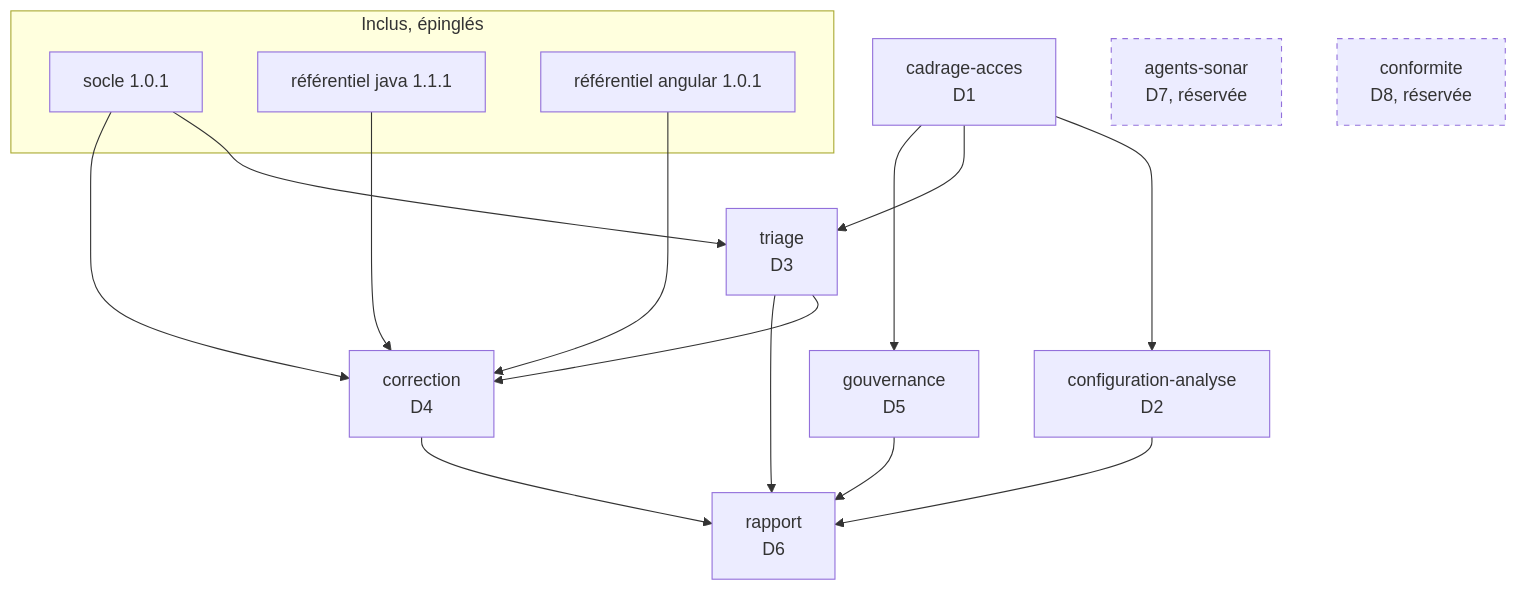
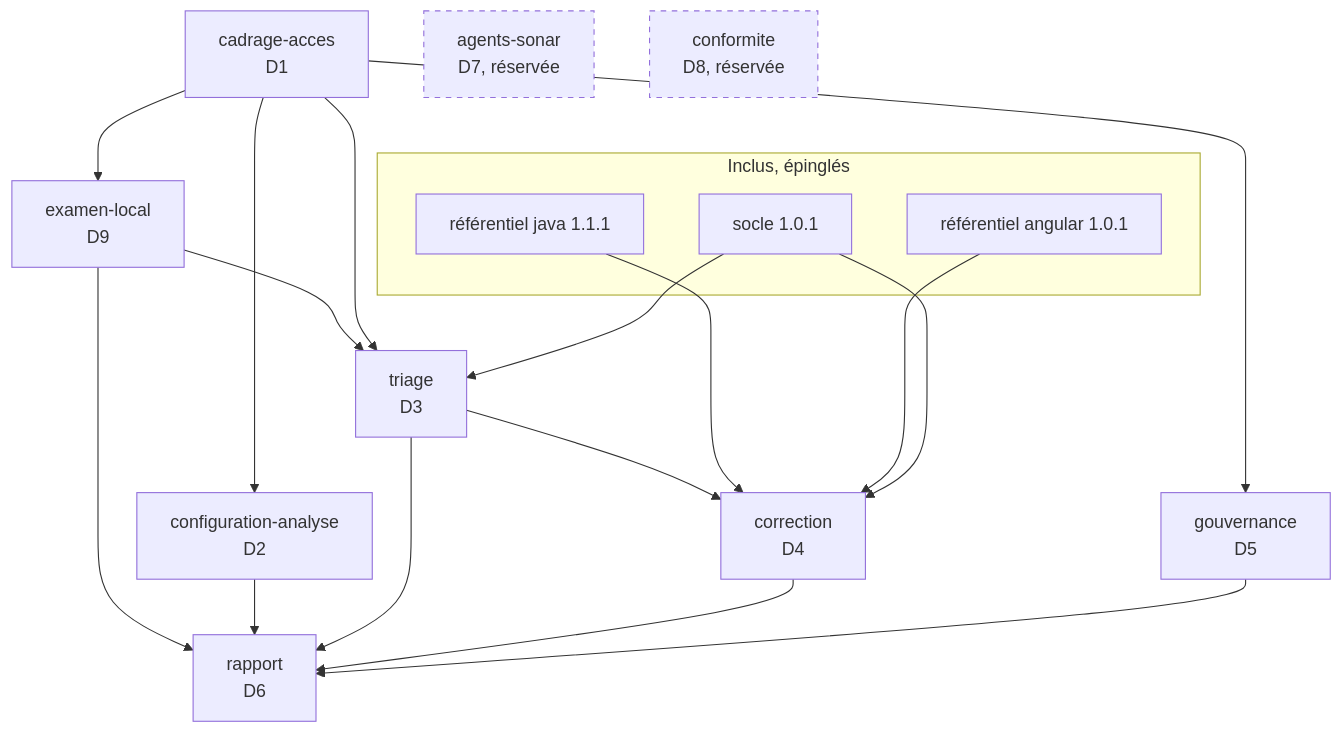
One commit to FredGarcia/Agent2Prompt changed the second of 2 diagrams in specs/sonarqube/SKILL.md. Above: the diagram before and after it, drawn with Mermaid. The commit also changed other lines of this file and 11 other files, not shown here.

First line of the commit message:
spec(sonarqube): version 1.1.0, examen local avant GitLab

````diff
--- a/specs/sonarqube/SKILL.md
+++ b/specs/sonarqube/SKILL.md
@@ -80,23 +89,26 @@
 ```mermaid
 flowchart TD
   subgraph INCLUS["Inclus, épinglés"]
     SO["socle 1.0.1"]
     RJ["référentiel java 1.1.1"]
     RA["référentiel angular 1.0.1"]
   end
   CA["cadrage-acces<br/>D1"] --> CO["configuration-analyse<br/>D2"]
+  CA --> EL["examen-local<br/>D9"]
+  EL --> TR
+  EL --> RP
   CA --> TR["triage<br/>D3"]
   TR --> CR["correction<br/>D4"]
   CA --> GO["gouvernance<br/>D5"]
   CO --> RP["rapport<br/>D6"]
   TR --> RP
   CR --> RP
   GO --> RP
   RJ --> CR
   RA --> CR
   SO --> TR
   SO --> CR
   AG["agents-sonar<br/>D7, réservée"]:::res
   CF["conformite<br/>D8, réservée"]:::res
   classDef res stroke-dasharray: 5 5
 ```
````
